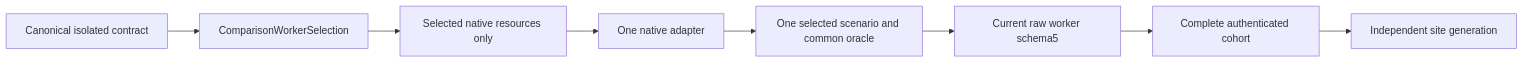
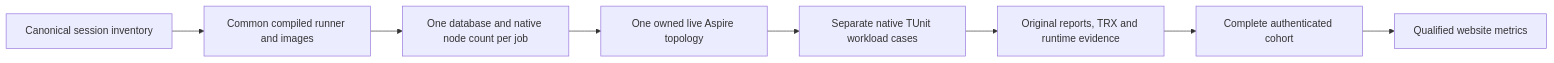
Diagram 22 of 40 in docs/Architecture.md (managedcode/KeyLoad), drawn with Mermaid before and after one commit. The commit also changed other lines of this file and 58 other files, not shown here.

````diff
--- a/docs/Architecture.md
+++ b/docs/Architecture.md
@@ -633,10 +642,10 @@
 ```mermaid
 flowchart LR
-    Contract[Canonical isolated contract] --> Selection[ComparisonWorkerSelection]
-    Selection --> Aspire[Selected native resources only]
-    Aspire --> Target[One native adapter]
-    Target --> Runner[One selected scenario and common oracle]
-    Runner --> Envelope[Current raw worker schema5]
-    Envelope --> Aggregate[Complete authenticated cohort]
-    Aggregate --> Site[Independent site generation]
+    Plan[Canonical session inventory] --> Prepare[Common compiled runner and images]
+    Prepare --> Worker[One database and native node count per job]
+    Worker --> Aspire[One owned live Aspire topology]
+    Aspire --> Tests[Separate native TUnit workload cases]
+    Tests --> Originals[Original reports, TRX and runtime evidence]
+    Originals --> Aggregate[Complete authenticated cohort]
+    Aggregate --> Site[Qualified website metrics]
 ```
````
